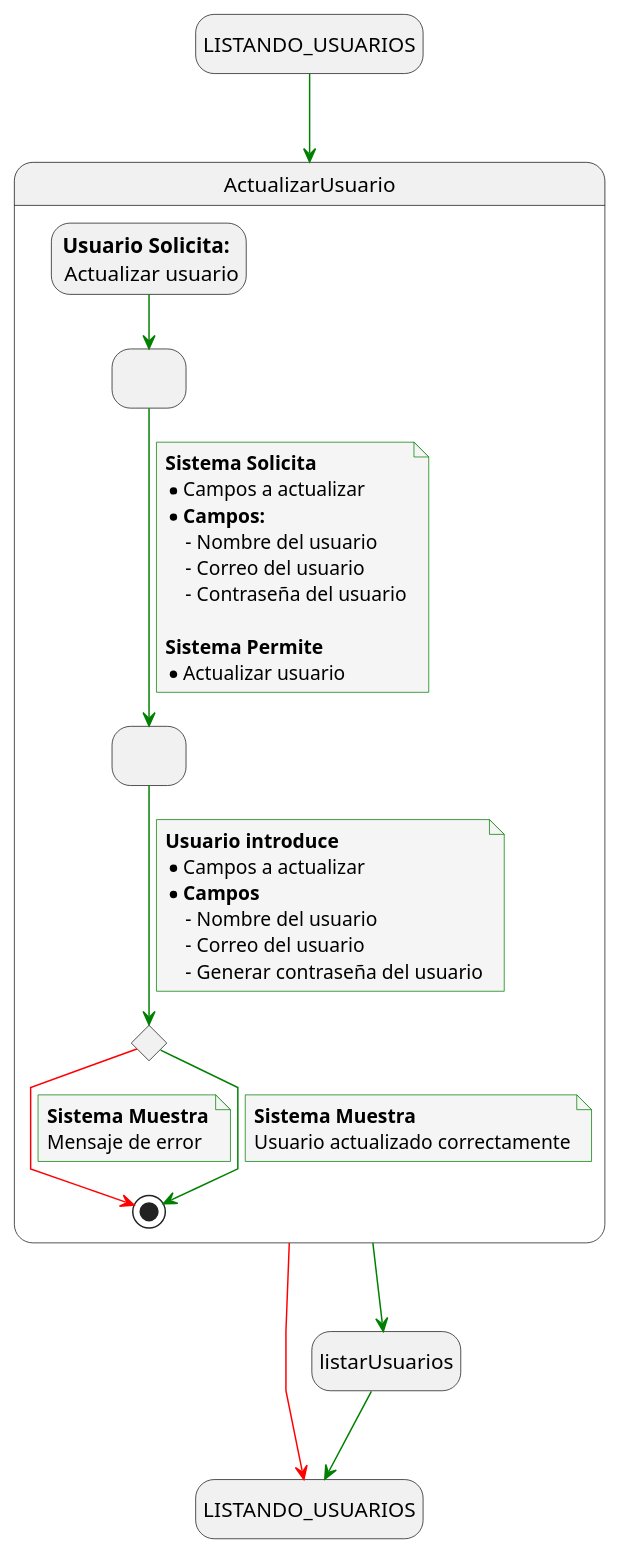
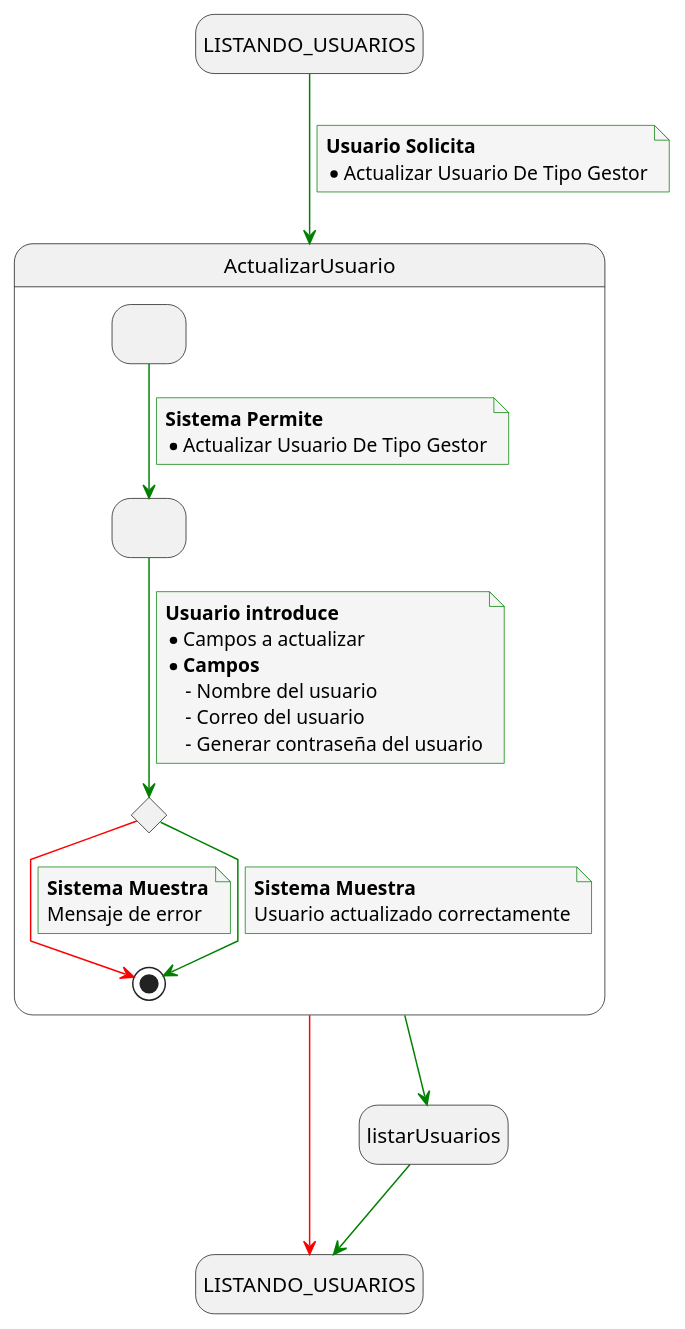
Before and after one commit to mmasias/24-25-IdSw1-SDR: the diagram in docs/casosDeUso/detalladoCasosDeUso/detalladoUsuarios/detalladoActualizarUsuarioGestor.puml, drawn with PlantUML. The commit also changed 7 other files, not shown here.

Commit message:
Ajuste detalle de CRUD usuarios tipo gestor

```diff
--- a/docs/casosDeUso/detalladoCasosDeUso/detalladoUsuarios/detalladoActualizarUsuarioGestor.puml
+++ b/docs/casosDeUso/detalladoCasosDeUso/detalladoUsuarios/detalladoActualizarUsuarioGestor.puml
@@ -1,64 +1,60 @@
 @startuml actualizar_usuario
 
 skinparam {
   NoteBackgroundColor #whiteSmoke
   ArrowColor #green
   NoteBorderColor #green
   linetype polyline
 }
 
 hide empty description
 
 state startState as "LISTANDO_USUARIOS"
 state endState as "LISTANDO_USUARIOS"
 
 startState --> ActualizarUsuario
+note on link
+    <b>Usuario Solicita</b>
+    * Actualizar Usuario De Tipo Gestor
+end note
+
 ActualizarUsuario --> listarUsuarios
 listarUsuarios --> endState
 ActualizarUsuario -[#red]-> endState
 
 state ActualizarUsuario {
     state solicitudActualizarUsuario as " "
     state envioActualizarUsuario as " "
     state revisionActualizarUsuario <<choice>>
-    state usuarioSolicita as "<b>Usuario Solicita:</b> \n Actualizar usuario"
-
-    usuarioSolicita --> solicitudActualizarUsuario
+    
     solicitudActualizarUsuario --> envioActualizarUsuario
     note on link
-        <b>Sistema Solicita</b>
-        * Campos a actualizar
-        * <b>Campos:</b>
-            - Nombre del usuario
-            - Correo del usuario
-            - Contraseña del usuario
-
         <b>Sistema Permite</b>
-        * Actualizar usuario
+        * Actualizar Usuario De Tipo Gestor
     end note
 
     envioActualizarUsuario --> revisionActualizarUsuario
     note on link
         <b>Usuario introduce</b>
         * Campos a actualizar
         * <b>Campos</b>
             - Nombre del usuario
             - Correo del usuario
             - Generar contraseña del usuario
     end note
 
     revisionActualizarUsuario -[#red]-> [*]
     note on link
         <b>Sistema Muestra</b>
         Mensaje de error
     end note
 
    revisionActualizarUsuario --> [*]
     note on link
         <b>Sistema Muestra</b>
         Usuario actualizado correctamente
     end note
 
 }
 
 @enduml
```
